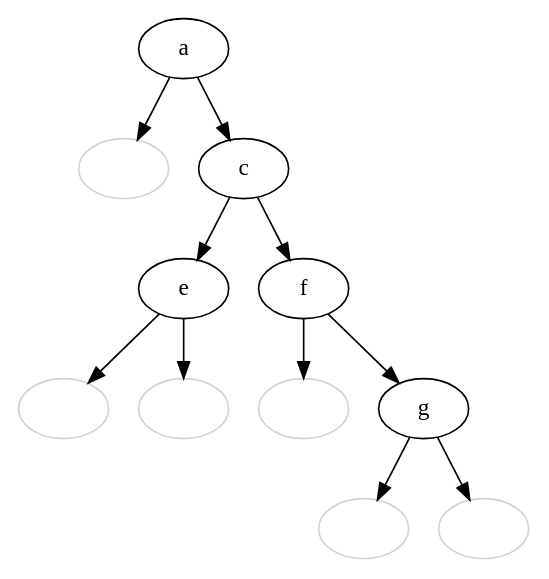
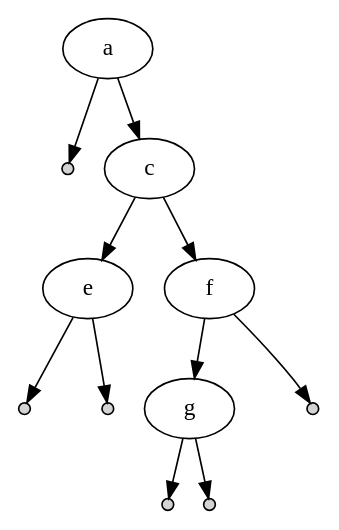
The diagram in slides/trees/01.binary_trees/binary_tree_empty_nodes.dot (jgsogo/eda), drawn with Graphviz before and after one commit. The commit also changed 14 other files, not shown here.

```diff
--- a/slides/trees/01.binary_trees/binary_tree_empty_nodes.dot
+++ b/slides/trees/01.binary_trees/binary_tree_empty_nodes.dot
@@ -1,25 +1,31 @@
 digraph {
     rankdir=TB;
-
-    o1 [label="" color=lightgrey];
-    o2 [label="" color=lightgrey];
-    o3 [label="" color=lightgrey];
-    o4 [label="" color=lightgrey];
-    o5 [label="" color=lightgrey];
-    o6 [label="" color=lightgrey];
 
     a -> o1;
     a -> c;
 
     c -> e;
     c -> f;
 
     e -> o2;
+    e -> e_m [style=invis];
     e -> o3;
 
     f -> g;
+    f -> f_m [style=invis];
     f -> o4;
 
     g -> o5;
     g -> o6;
+
+    o1 [label="" width=.1 height=.1 style=filled];
+    o2 [label="" width=.1 height=.1 style=filled];
+    o3 [label="" width=.1 height=.1 style=filled];
+    o4 [label="" width=.1 height=.1 style=filled];
+    o5 [label="" width=.1 height=.1 style=filled];
+    o6 [label="" width=.1 height=.1 style=filled];
+    e_m [label="" style=invis width=.1 height=.1 ]
+    f_m [label="" style=invis width=.1 height=.1 ]
+
+    {rank = same; o2 e_m o3 o4 f_m}
 }
```
